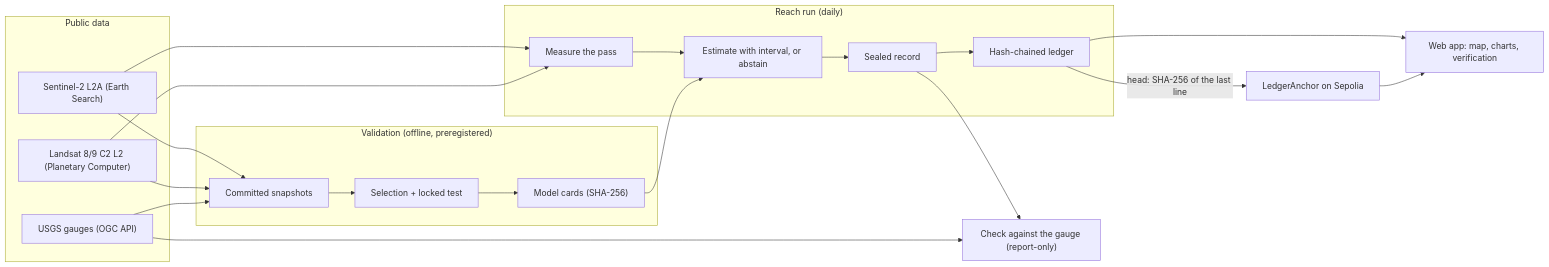
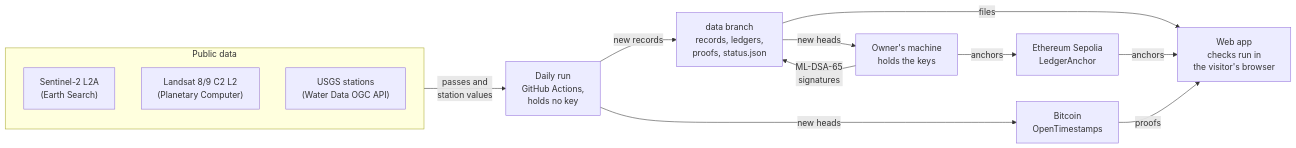
One commit to saulo1112/RiverEtch changed the first of 6 diagrams in docs/architecture.md. Above: the diagram before and after it, drawn with Mermaid. The commit also changed other lines of this file and 19 other files, not shown here.

Commit message:
docs: the README and the architecture rewritten for anyone, with diagrams and screenshots; the repository's current files name no competition

````diff
--- a/docs/architecture.md
+++ b/docs/architecture.md
@@ -28,25 +16,23 @@
 ```mermaid
 flowchart LR
-  subgraph DATA["Public data"]
-    S2["Sentinel-2 L2A (Earth Search)"]
-    LS["Landsat 8/9 C2 L2 (Planetary Computer)"]
-    USGS["USGS gauges (OGC API)"]
+  subgraph PUBLIC["Public data"]
+    S2["Sentinel-2 L2A<br/>(Earth Search)"]
+    LS["Landsat 8/9 C2 L2<br/>(Planetary Computer)"]
+    USGS["USGS stations<br/>(Water Data OGC API)"]
   end
-  subgraph VAL["Validation (offline, preregistered)"]
-    SNAP["Committed snapshots"] --> SEL["Selection + locked test"] --> CARD["Model cards (SHA-256)"]
-  end
-  subgraph RUN["Reach run (daily)"]
-    MEAS["Measure the pass"] --> EST["Estimate with interval, or abstain"] --> REC["Sealed record"] --> LEDGER["Hash-chained ledger"]
-  end
-  S2 --> SNAP
-  LS --> SNAP
-  USGS --> SNAP
-  S2 --> MEAS
-  LS --> MEAS
-  CARD --> EST
-  USGS --> CHECK["Check against the gauge (report-only)"]
-  REC --> CHECK
-  LEDGER --> WEB["Web app: map, charts, verification"]
-  LEDGER -->|"head: SHA-256 of the last line"| CHAIN["LedgerAnchor on Sepolia"]
-  CHAIN --> WEB
+  RUN["Daily run<br/>GitHub Actions,<br/>holds no key"]
+  DATA["data branch<br/>records, ledgers,<br/>proofs, status.json"]
+  OWN["Owner's machine<br/>holds the keys"]
+  ETH["Ethereum Sepolia<br/>LedgerAnchor"]
+  BTC["Bitcoin<br/>OpenTimestamps"]
+  WEB["Web app<br/>checks run in<br/>the visitor's browser"]
+  PUBLIC -->|"passes and<br/>station values"| RUN
+  RUN -->|"new records"| DATA
+  RUN -->|"new heads"| BTC
+  DATA -->|"new heads"| OWN
+  OWN -->|"ML-DSA-65<br/>signatures"| DATA
+  OWN -->|"anchors"| ETH
+  DATA -->|"files"| WEB
+  ETH -->|"anchors"| WEB
+  BTC -->|"proofs"| WEB
 ```
````
